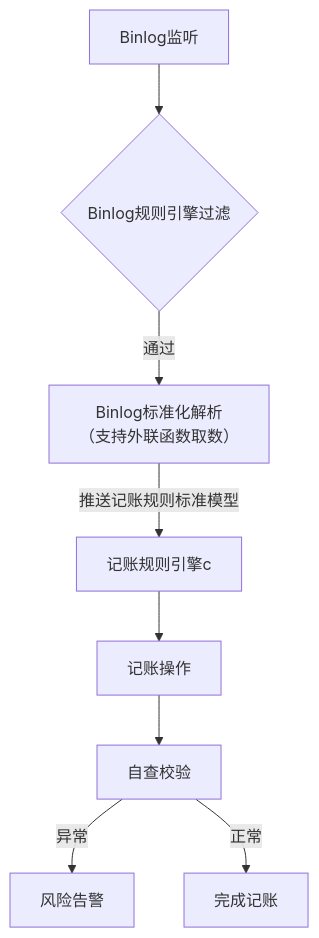
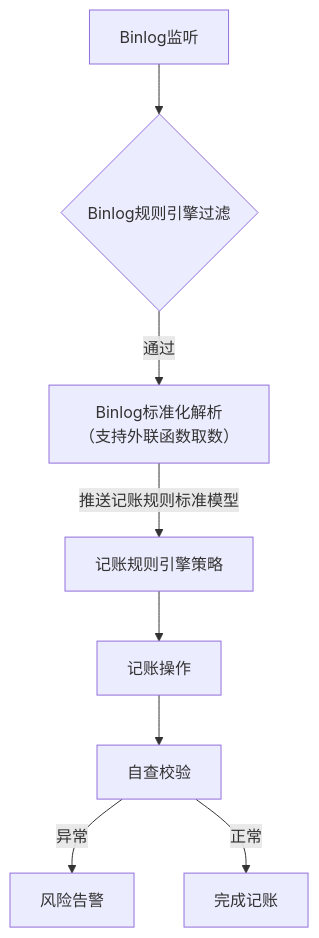
One commit to 87828943/iodraw-files changed the diagram in all/架构流程.md. Above: the diagram before and after it, drawn with Mermaid.

Commit message:
2025-07-07 11:25:31 update

````diff
--- a/all/架构流程.md
+++ b/all/架构流程.md
@@ -1,11 +1,11 @@
 ```mermaid
 graph TD
     A[Binlog监听] --> B{Binlog规则引擎过滤}
     B -->|通过| C[Binlog标准化解析
     （支持外联函数取数）]
-    C --> |推送记账规则标准模型|D[记账规则引擎c]
-    D --> E[记账操作]
+    C --> |推送记账规则标准模型|D[记账规则引擎策略]
+     --> E[记账操作]
     E --> F[自查校验]
     F -->|异常| G[风险告警]
     F -->|正常| H[完成记账]
 ```
````
